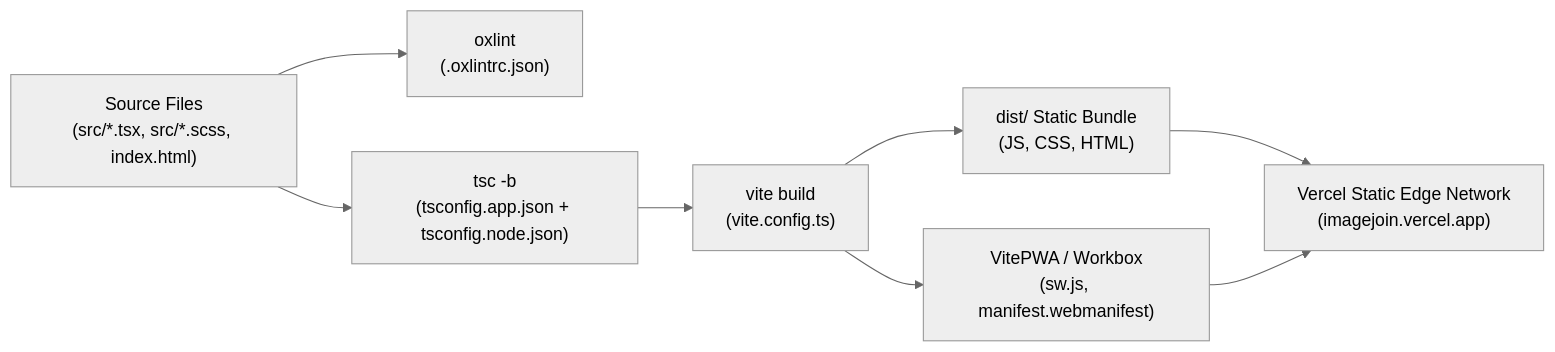
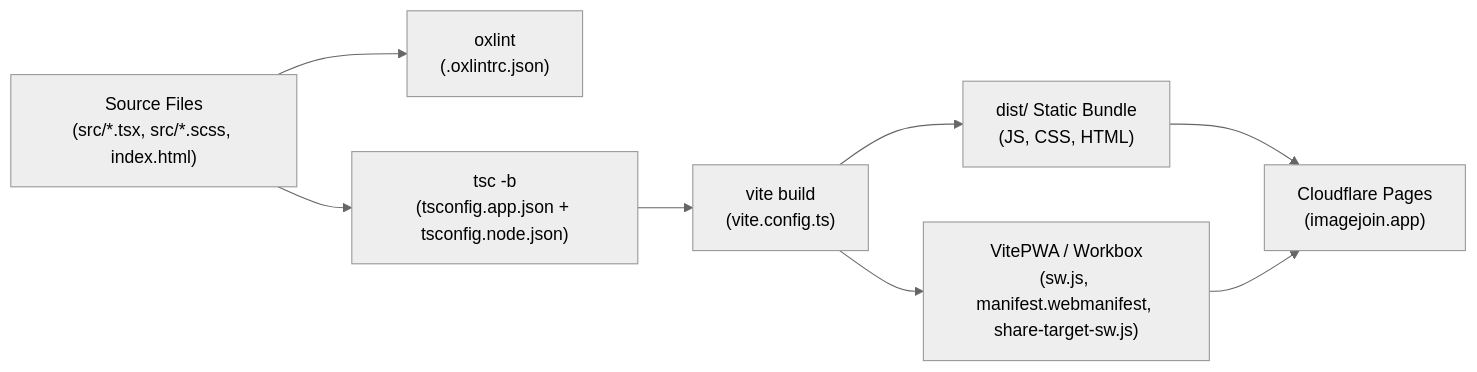
Before and after one commit to samliburd/imagejoin-react: the fourth of 4 diagrams in ARCHITECTURE.md, drawn with Mermaid (neutral theme). The commit also changed other lines of this file and 24 other files, not shown here.

Commit message:
Add layout/export/PWA features, migrate to imagejoin.app, and upgrade deps

````diff
--- a/ARCHITECTURE.md
+++ b/ARCHITECTURE.md
@@ -307,10 +317,10 @@
 ```mermaid
 flowchart LR
     Source["Source Files\n(src/*.tsx, src/*.scss, index.html)"] --> Lint["oxlint\n(.oxlintrc.json)"]
     Source --> TSC["tsc -b\n(tsconfig.app.json + tsconfig.node.json)"]
     TSC --> ViteBuild["vite build\n(vite.config.ts)"]
     ViteBuild --> Bundle["dist/ Static Bundle\n(JS, CSS, HTML)"]
-    ViteBuild --> Workbox["VitePWA / Workbox\n(sw.js, manifest.webmanifest)"]
-    Bundle --> Vercel["Vercel Static Edge Network\n(imagejoin.vercel.app)"]
-    Workbox --> Vercel
+    ViteBuild --> Workbox["VitePWA / Workbox\n(sw.js, manifest.webmanifest, share-target-sw.js)"]
+    Bundle --> CloudflarePages["Cloudflare Pages\n(imagejoin.app)"]
+    Workbox --> CloudflarePages
 ```
````
